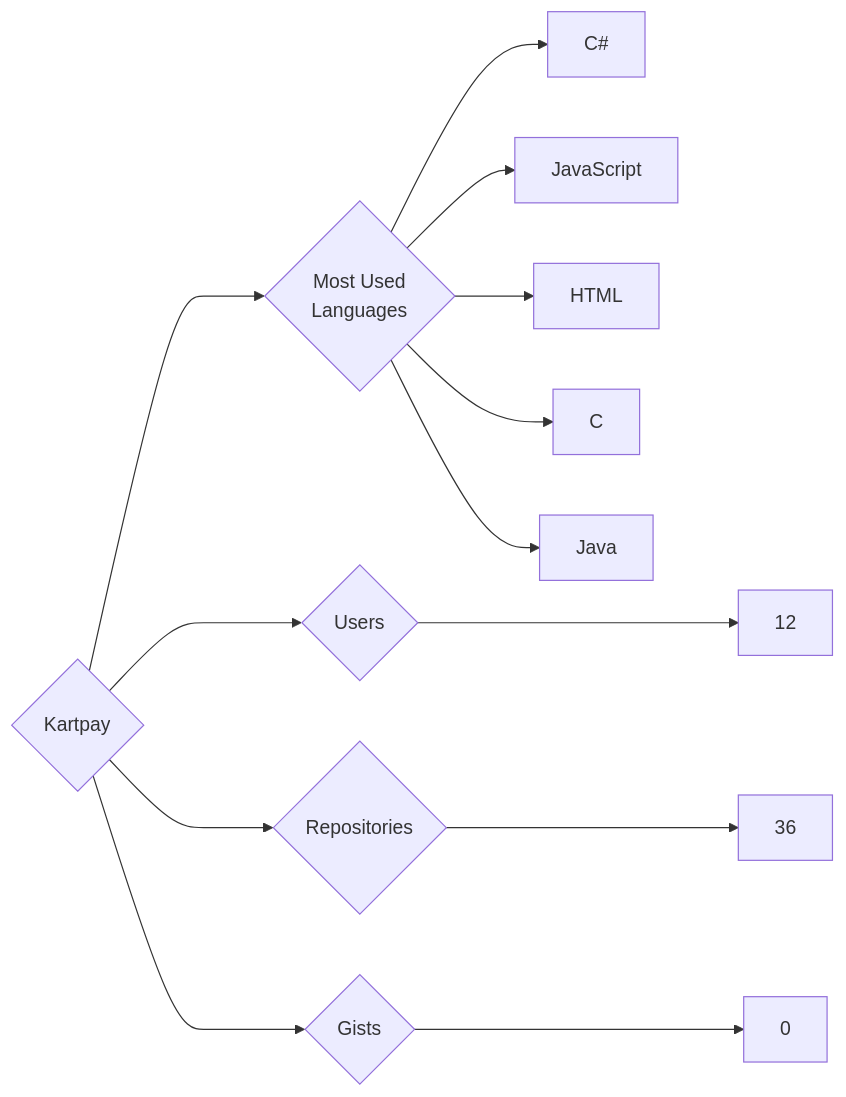
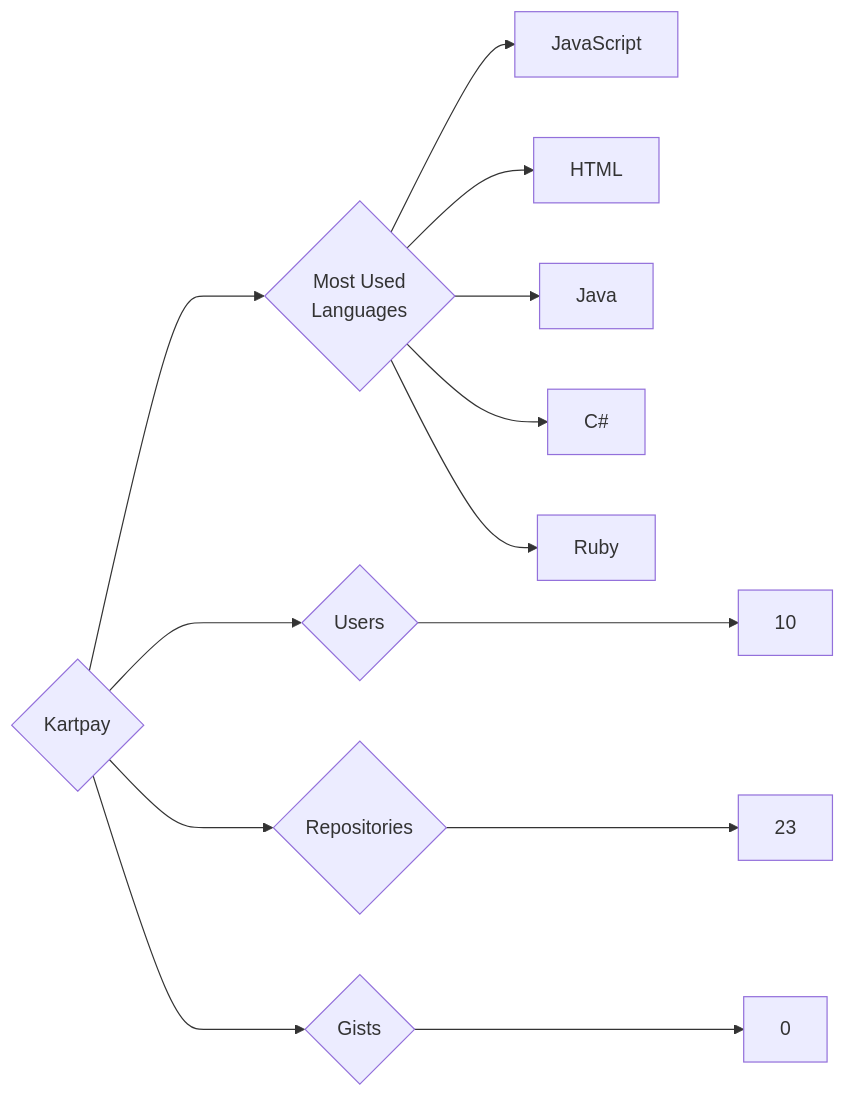
The diagram in targets/Kartpay/README.md (trickest/insiders), drawn with Mermaid before and after one commit. The commit also changed 1195 other files, not shown here.

````diff
--- a/targets/Kartpay/README.md
+++ b/targets/Kartpay/README.md
@@ -3,13 +3,13 @@
 ```mermaid
 graph LR
 COMPANY_NAME{Kartpay}
-COMPANY_NAME ---> U{Users} ---> UN[12]
-COMPANY_NAME ---> R{Repositories} ---> RN[36]
+COMPANY_NAME ---> U{Users} ---> UN[10]
+COMPANY_NAME ---> R{Repositories} ---> RN[23]
 COMPANY_NAME ---> G{Gists} ---> GN[0]
 COMPANY_NAME ---> ML{Most Used<br>Languages}
-ML --> C#[C#]
 ML --> JavaScript[JavaScript]
 ML --> HTML[HTML]
-ML --> C[C]
 ML --> Java[Java]
+ML --> C#[C#]
+ML --> Ruby[Ruby]
 ```
````
